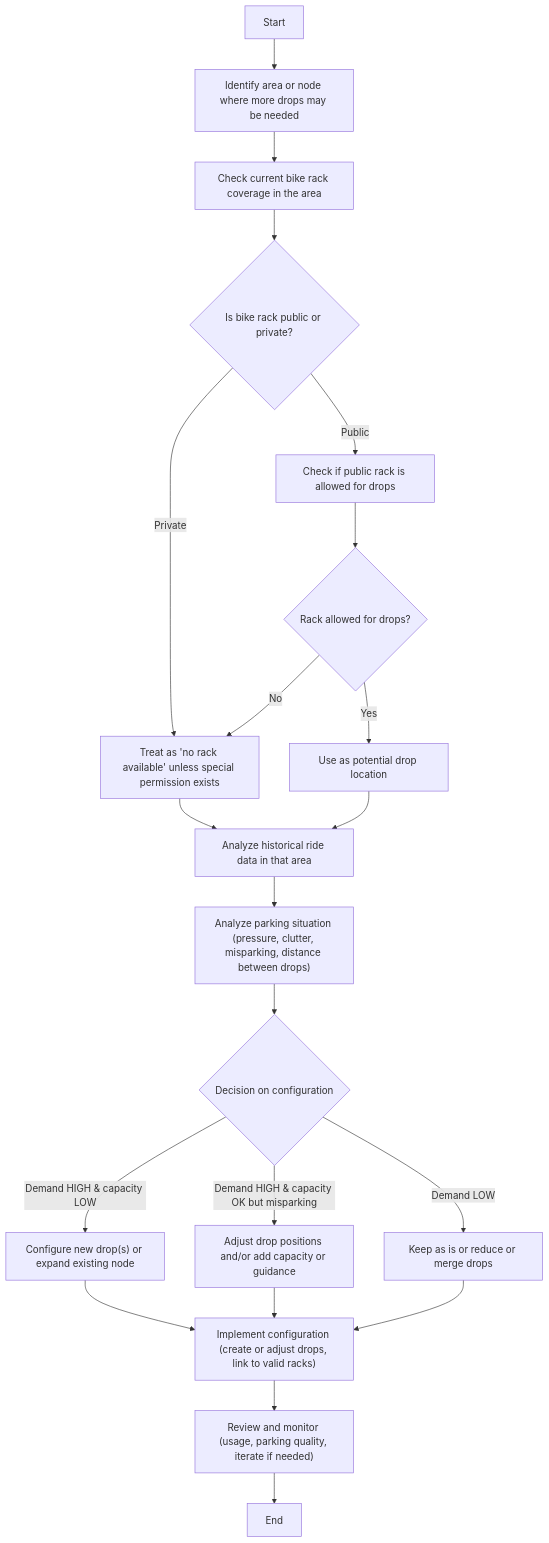
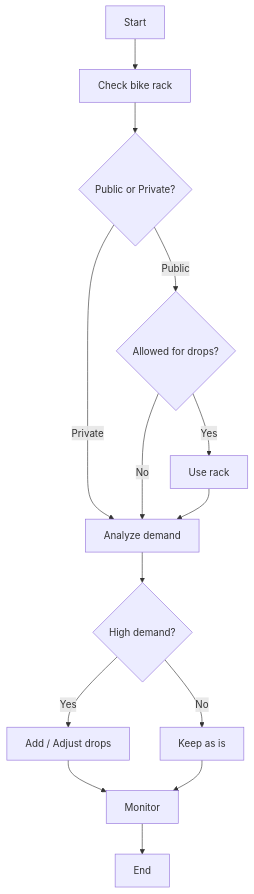
One commit to isthvoi-arch/Node-Coverage changed the diagram in Bike Racks.md. Above: the diagram before and after it, drawn with Mermaid.

Commit message:
Update Bike Racks.md

````diff
--- a/Bike Racks.md
+++ b/Bike Racks.md
@@ -1,35 +1,16 @@
 ```mermaid
 flowchart TD
-
-    A["Start"] --> B["Identify area or node where more drops may be needed"]
-
-    B --> C["Check current bike rack coverage in the area"]
-
-    C --> D{"Is bike rack public or private?"}
-
-    D -->|Public| E["Check if public rack is allowed for drops"]
-    D -->|Private| F["Treat as 'no rack available' unless special permission exists"]
-
-    E --> G{"Rack allowed for drops?"}
-    G -->|Yes| H["Use as potential drop location"]
-    G -->|No| F
-
-    F --> I["Analyze historical ride data in that area"]
-    H --> I
-
-    I --> J["Analyze parking situation (pressure, clutter, misparking, distance between drops)"]
-
-    J --> K{"Decision on configuration"}
-
-    K -->|Demand HIGH & capacity LOW| L["Configure new drop(s) or expand existing node"]
-    K -->|Demand HIGH & capacity OK but misparking| M["Adjust drop positions and/or add capacity or guidance"]
-    K -->|Demand LOW| N["Keep as is or reduce or merge drops"]
-
-    L --> O["Implement configuration (create or adjust drops, link to valid racks)"]
-    M --> O
-    N --> O
-
-    O --> P["Review and monitor (usage, parking quality, iterate if needed)"]
-
-    P --> Q["End"]
+    A[Start] --> B[Check bike rack]
+    B --> C{Public or Private?}
+    C -->|Public| D{Allowed for drops?}
+    C -->|Private| E[Analyze demand]
+    D -->|Yes| F[Use rack]
+    D -->|No| E
+    F --> E
+    E --> G{High demand?}
+    G -->|Yes| H[Add / Adjust drops]
+    G -->|No| I[Keep as is]
+    H --> J[Monitor]
+    I --> J
+    J --> K[End]
 ```
````
